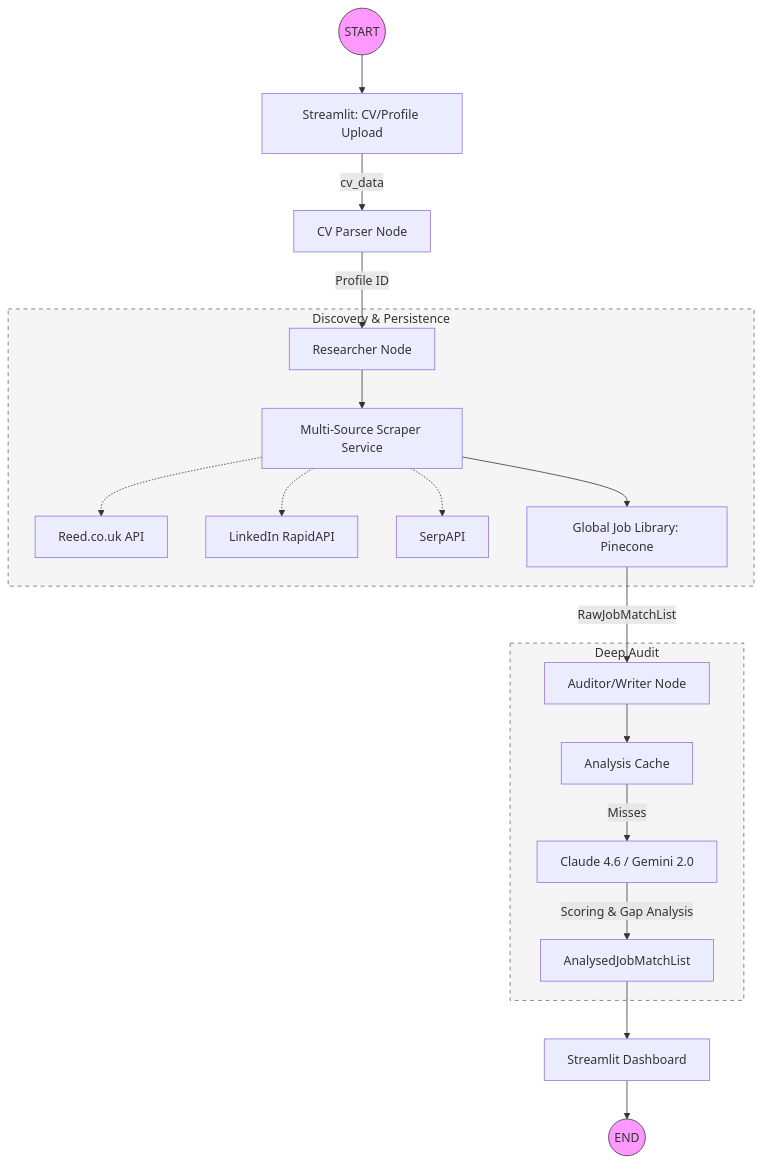
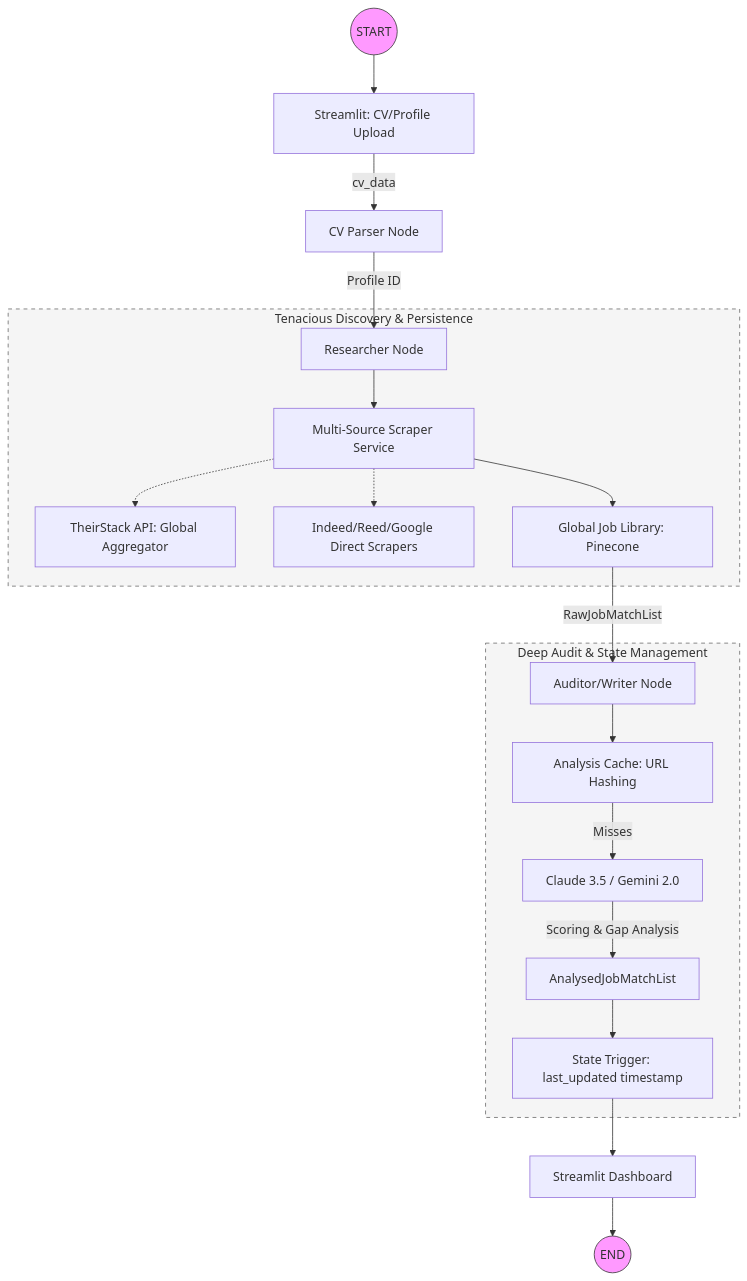
One commit to Ruyzambrano/agentic-job-search changed the diagram in README.md. Above: the diagram before and after it, drawn with Mermaid. The commit also changed other lines of this file, not shown here.

````diff
--- a/README.md
+++ b/README.md
@@ -11,30 +16,30 @@
 ```mermaid
 graph TD
     Start((START)) --> Ingest[Streamlit: CV/Profile Upload]
     Ingest -->|cv_data| Parser[CV Parser Node]
     Parser -->|Profile ID| Researcher[Researcher Node]
     
-    subgraph Discovery_Phase [Discovery & Persistence]
+    subgraph Discovery_Phase [Tenacious Discovery & Persistence]
         Researcher --> Scraper[Multi-Source Scraper Service]
-        Scraper -.-> Reed[Reed.co.uk API]
-        Scraper -.-> LinkedIn[LinkedIn RapidAPI]
-        Scraper -.-> Google[SerpAPI]
+        Scraper -.-> Aggregator[TheirStack API: Global Aggregator]
+        Scraper -.-> Direct[Indeed/Reed/Google Direct Scrapers]
         Scraper --> Sync[Global Job Library: Pinecone]
     end
 
     Sync -->|RawJobMatchList| Auditor[Auditor/Writer Node]
     
-    subgraph Analysis_Phase [Deep Audit]
-        Auditor --> Cache[Analysis Cache]
-        Cache -->|Misses| LLM[Claude 4.6 / Gemini 2.0]
+    subgraph Analysis_Phase [Deep Audit & State Management]
+        Auditor --> Cache[Analysis Cache: URL Hashing]
+        Cache -->|Misses| LLM[Claude 3.5 / Gemini 2.0]
         LLM -->|Scoring & Gap Analysis| Results[AnalysedJobMatchList]
+        Results --> State[State Trigger: last_updated timestamp]
     end
 
-    Results --> UI[Streamlit Dashboard]
+    State --> UI[Streamlit Dashboard]
     UI --> End((END))
 
     style Start fill:#f9f,stroke:#333
     style End fill:#f9f,stroke:#333
     style Discovery_Phase fill:#f5f5f5,stroke:#666,stroke-dasharray: 5 5
     style Analysis_Phase fill:#f5f5f5,stroke:#666,stroke-dasharray: 5 5
 ```
````
